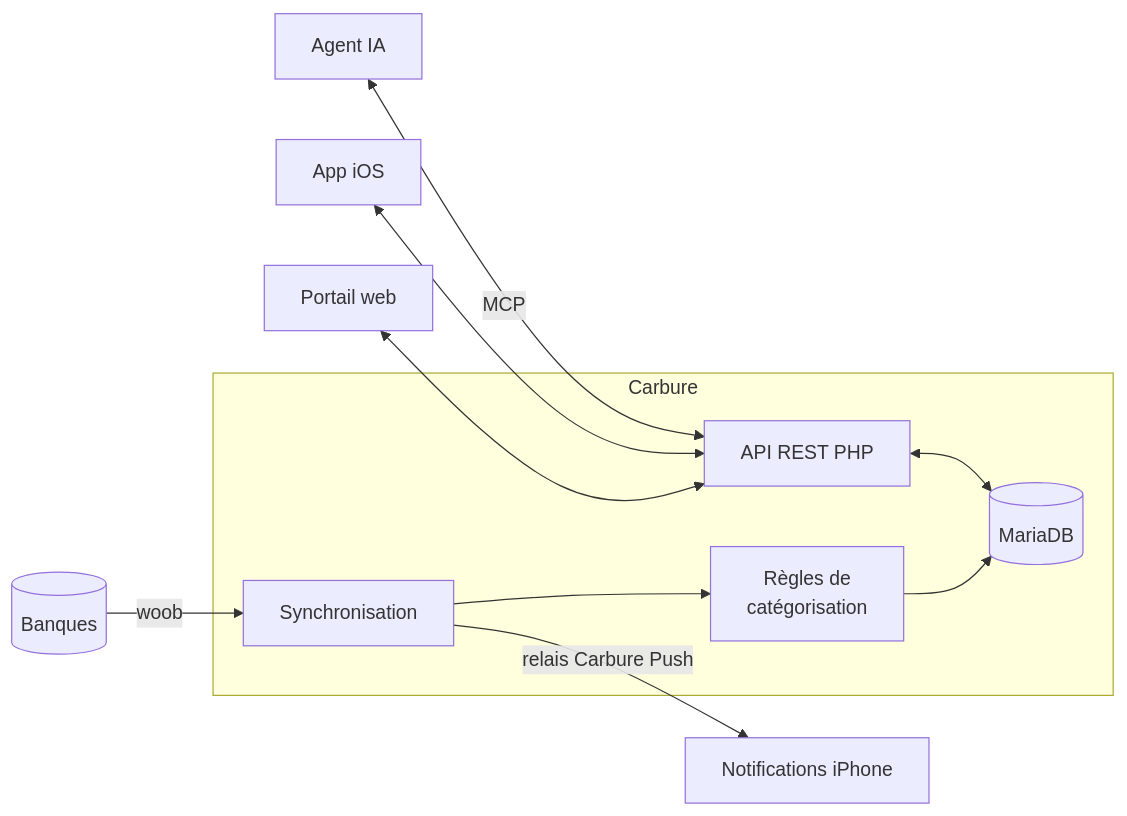
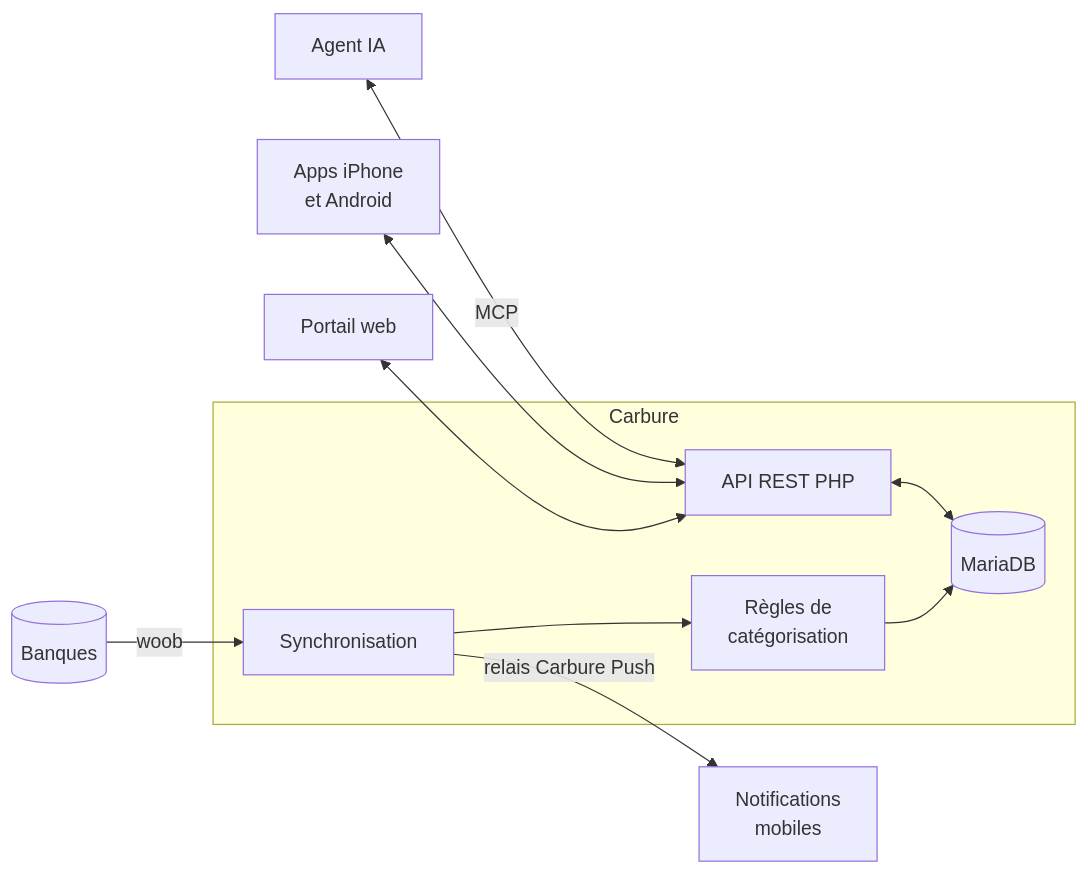
One commit to ltoinel/Carbure changed the diagram in README.fr.md. Above: the diagram before and after it, drawn with Mermaid. The commit also changed other lines of this file and 1 other file, not shown here.

First line of the commit message:
docs: announce the Android app and split the README quick start

````diff
--- a/README.fr.md
+++ b/README.fr.md
@@ -124,12 +128,12 @@
 ```mermaid
 flowchart LR
     bank[(Banques)] -->|woob| sync[Synchronisation]
     subgraph Carbure
         sync --> rules[Règles de<br/>catégorisation] --> db[(MariaDB)]
         api[API REST PHP] <--> db
     end
     portal[Portail web] <--> api
-    ios[App iOS] <--> api
+    mobile[Apps iPhone<br/>et Android] <--> api
     ai[Agent IA] <-->|MCP| api
-    sync -->|relais Carbure Push| push[Notifications iPhone]
+    sync -->|relais Carbure Push| push[Notifications<br/>mobiles]
 ```
````
